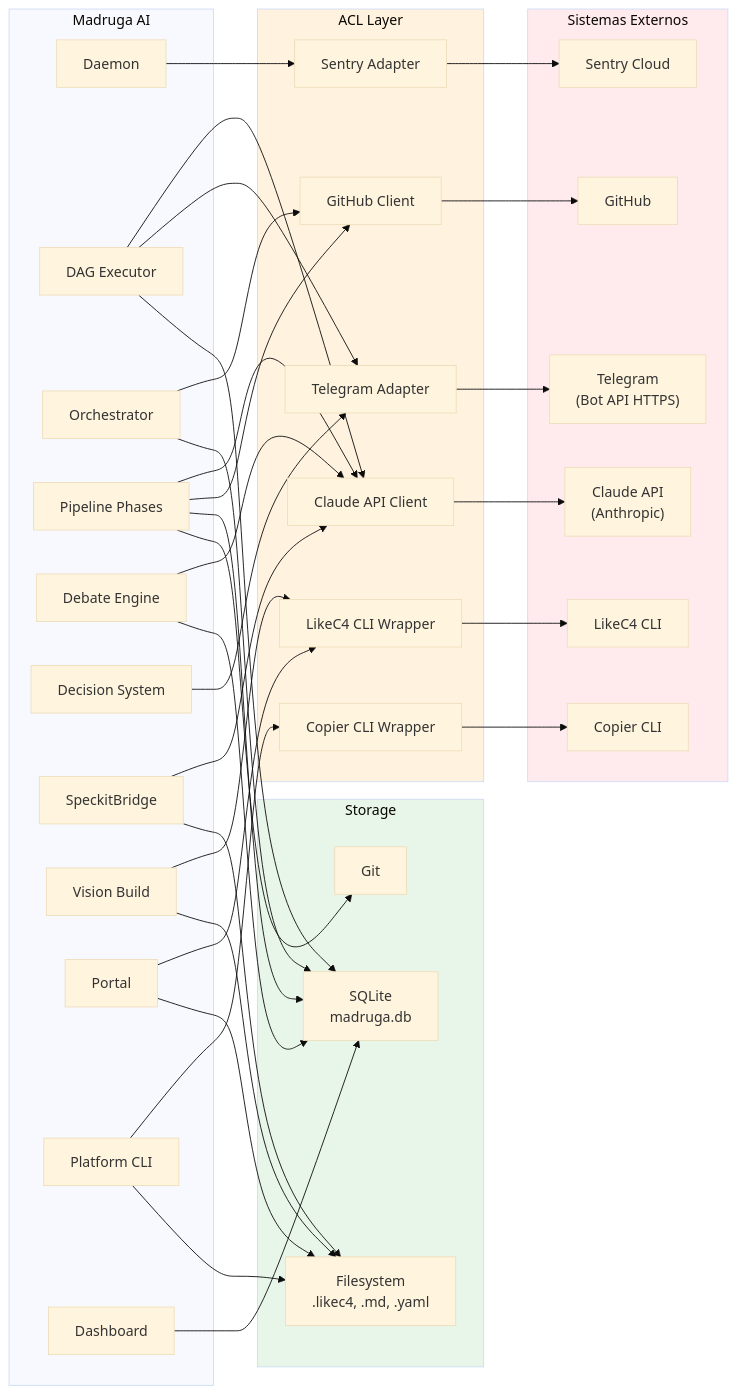
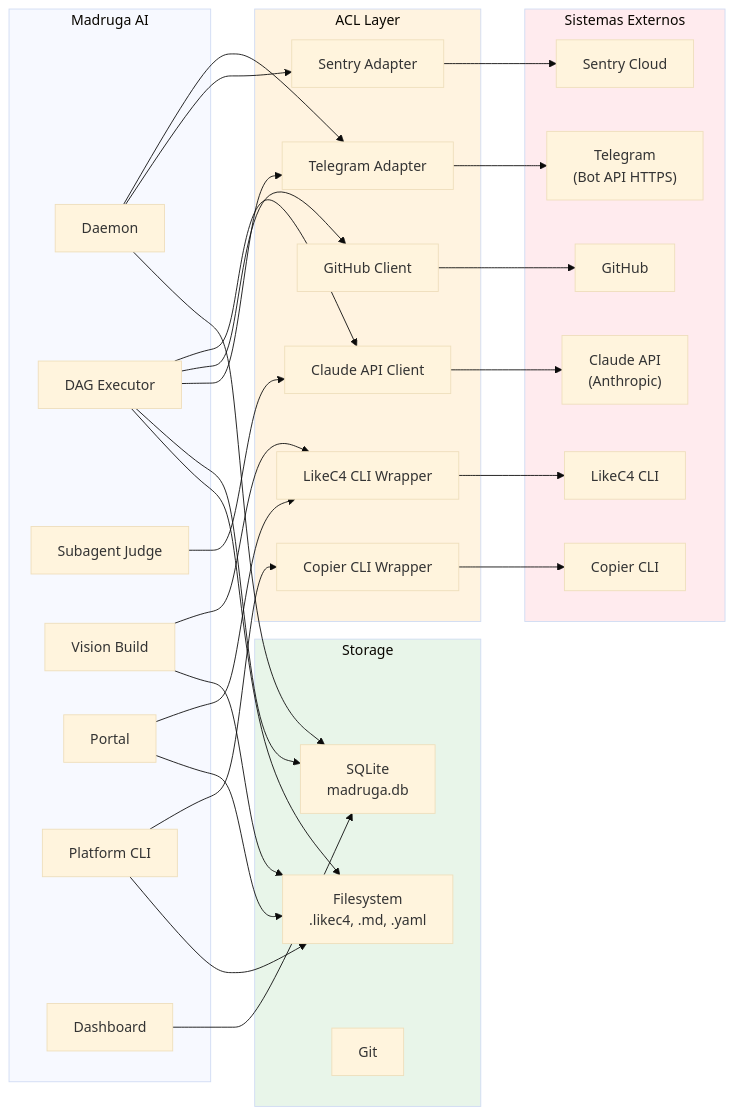
One commit to paceautomations/madruga.ai changed the diagram in platforms/madruga-ai/engineering/integrations.md. Above: the diagram before and after it, drawn with Mermaid (base theme). The commit also changed other lines of this file and 63 other files, not shown here.

````diff
--- a/platforms/madruga-ai/engineering/integrations.md
+++ b/platforms/madruga-ai/engineering/integrations.md
@@ -11,80 +11,70 @@
 ```mermaid
 graph LR
     subgraph madruga["Madruga AI"]
         daemon["Daemon"]
         dag["DAG Executor"]
-        orchestrator["Orchestrator"]
-        pipeline["Pipeline Phases"]
-        debate["Debate Engine"]
-        decisions["Decision System"]
-        bridge["SpeckitBridge"]
+        judge["Subagent Judge"]
         vision["Vision Build"]
         portal["Portal"]
         pcli["Platform CLI"]
         dashboard["Dashboard"]
     end
 
     subgraph acl["ACL Layer"]
         claude_acl["Claude API Client"]
         github_acl["GitHub Client"]
         telegram_acl["Telegram Adapter"]
         likec4_acl["LikeC4 CLI Wrapper"]
         copier_acl["Copier CLI Wrapper"]
         sentry_acl["Sentry Adapter"]
     end
 
     subgraph external["Sistemas Externos"]
         claude["Claude API<br/>(Anthropic)"]
         github["GitHub"]
         telegram["Telegram<br/>(Bot API HTTPS)"]
         likec4["LikeC4 CLI"]
         copier["Copier CLI"]
         sentry["Sentry Cloud"]
     end
 
     subgraph storage["Storage"]
         sqlite["SQLite<br/>madruga.db"]
         fs["Filesystem<br/>.likec4, .md, .yaml"]
         git["Git"]
     end
 
-    pipeline --> claude_acl
-    debate --> claude_acl
-    bridge --> claude_acl
     dag --> claude_acl
+    judge --> claude_acl
     claude_acl --> claude
 
-    orchestrator --> github_acl
-    pipeline --> github_acl
+    dag --> github_acl
     github_acl --> github
 
     dag --> telegram_acl
-    decisions --> telegram_acl
+    daemon --> telegram_acl
     telegram_acl --> telegram
 
     vision --> likec4_acl
     portal --> likec4_acl
     likec4_acl --> likec4
 
     pcli --> copier_acl
     copier_acl --> copier
 
     daemon --> sentry_acl
     sentry_acl --> sentry
 
-    orchestrator --> sqlite
-    pipeline --> sqlite
     dashboard --> sqlite
-    debate --> sqlite
     dag --> sqlite
+    daemon --> sqlite
 
     portal --> fs
     vision --> fs
     pcli --> fs
-    bridge --> fs
-    pipeline --> git
+    dag --> fs
 
     style acl fill:#FFF3E0
     style external fill:#FFEBEE
     style storage fill:#E8F5E9
 ```
````
